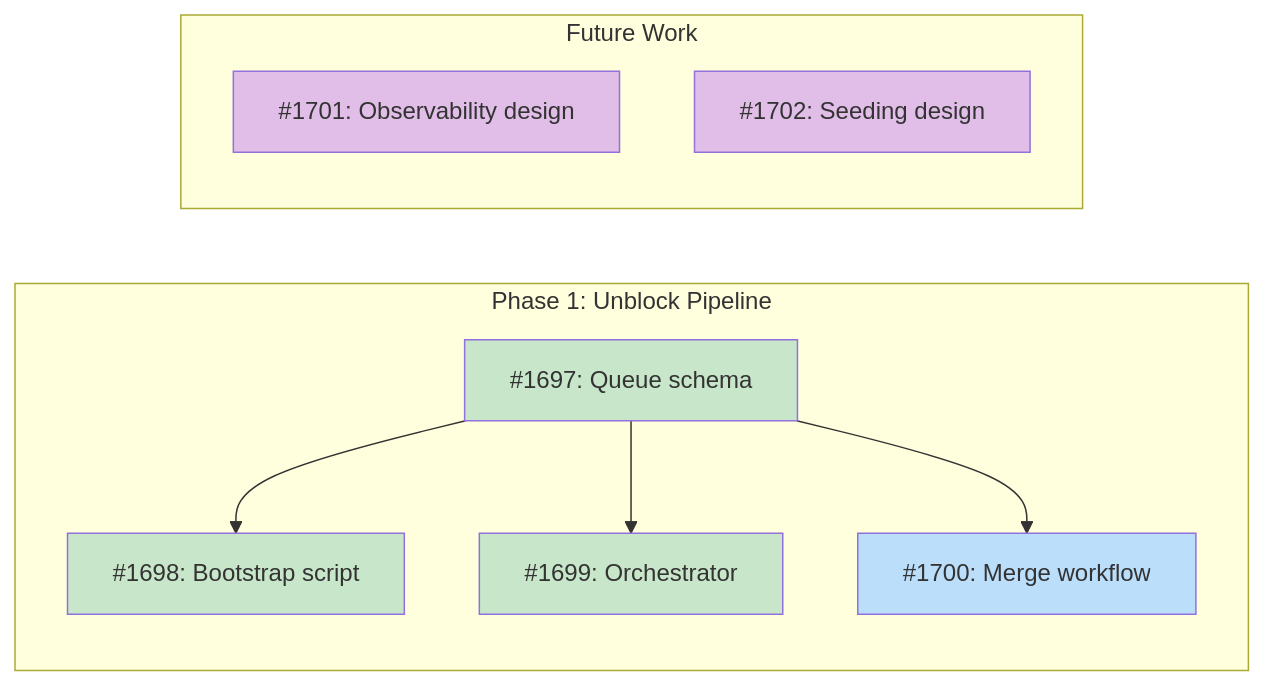
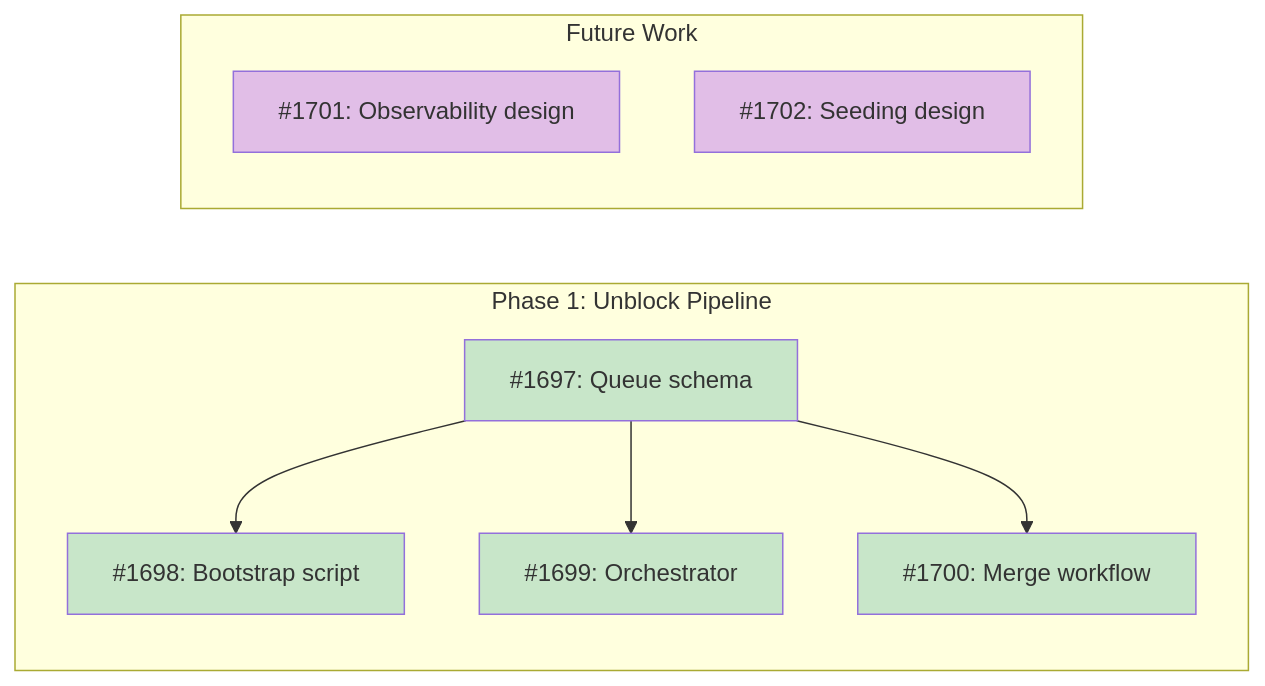
The first of 4 diagrams in docs/designs/DESIGN-pipeline-dashboard.md (tsukumogami/tsuku), drawn with Mermaid before and after one commit. The commit also changed other lines of this file and 3 other files, not shown here.

````diff
--- a/docs/designs/DESIGN-pipeline-dashboard.md
+++ b/docs/designs/DESIGN-pipeline-dashboard.md
@@ -54,29 +54,29 @@
 ```mermaid
 graph LR
     subgraph Phase1["Phase 1: Unblock Pipeline"]
         I1697["#1697: Queue schema"]
         I1698["#1698: Bootstrap script"]
         I1699["#1699: Orchestrator"]
         I1700["#1700: Merge workflow"]
     end
 
     subgraph Future["Future Work"]
         I1701["#1701: Observability design"]
         I1702["#1702: Seeding design"]
     end
 
     I1697 --> I1698
     I1697 --> I1699
     I1697 --> I1700
 
     classDef done fill:#c8e6c9
     classDef ready fill:#bbdefb
     classDef blocked fill:#fff9c4
     classDef needsDesign fill:#e1bee7
 
     class I1697 done
     class I1698 done
     class I1699 done
-    class I1700 ready
+    class I1700 done
     class I1701,I1702 needsDesign
 ```
````
